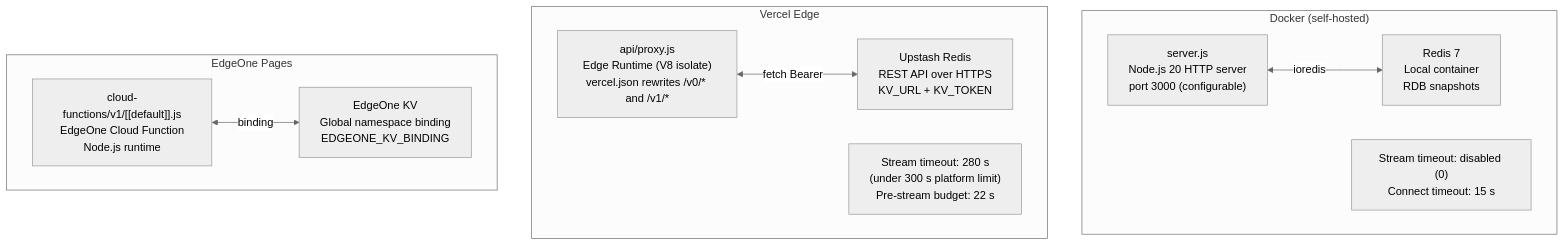
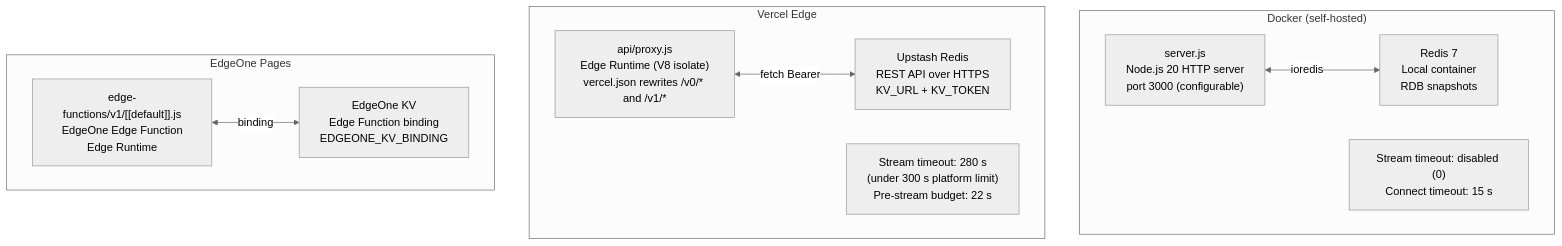
One commit to lqdflying/cursorProxy changed the third of 5 diagrams in doc/auth-and-deployment.md. Above: the diagram before and after it, drawn with Mermaid (neutral theme). The commit also changed other lines of this file and 16 other files, not shown here.

Commit message:
Fix EdgeOne Pages KV binding runtime

````diff
--- a/doc/auth-and-deployment.md
+++ b/doc/auth-and-deployment.md
@@ -50,22 +50,22 @@
 ```mermaid
 flowchart TD
     subgraph "Docker (self-hosted)"
         D_ENTRY["server.js\nNode.js 20 HTTP server\nport 3000 (configurable)"]
         D_KV["Redis 7\nLocal container\nRDB snapshots"]
         D_TIMEOUT["Stream timeout: disabled (0)\nConnect timeout: 15 s"]
         D_ENTRY <-->|ioredis| D_KV
     end
 
     subgraph "Vercel Edge"
         V_ENTRY["api/proxy.js\nEdge Runtime (V8 isolate)\nvercel.json rewrites /v0/* and /v1/*"]
         V_KV["Upstash Redis\nREST API over HTTPS\nKV_URL + KV_TOKEN"]
         V_TIMEOUT["Stream timeout: 280 s\n(under 300 s platform limit)\nPre-stream budget: 22 s"]
         V_ENTRY <-->|fetch Bearer| V_KV
     end
 
     subgraph "EdgeOne Pages"
-        E_ENTRY["cloud-functions/v1/[[default]].js\nEdgeOne Cloud Function\nNode.js runtime"]
-        E_KV["EdgeOne KV\nGlobal namespace binding\nEDGEONE_KV_BINDING"]
+        E_ENTRY["edge-functions/v1/[[default]].js\nEdgeOne Edge Function\nEdge Runtime"]
+        E_KV["EdgeOne KV\nEdge Function binding\nEDGEONE_KV_BINDING"]
         E_ENTRY <-->|binding| E_KV
     end
 ```
````
